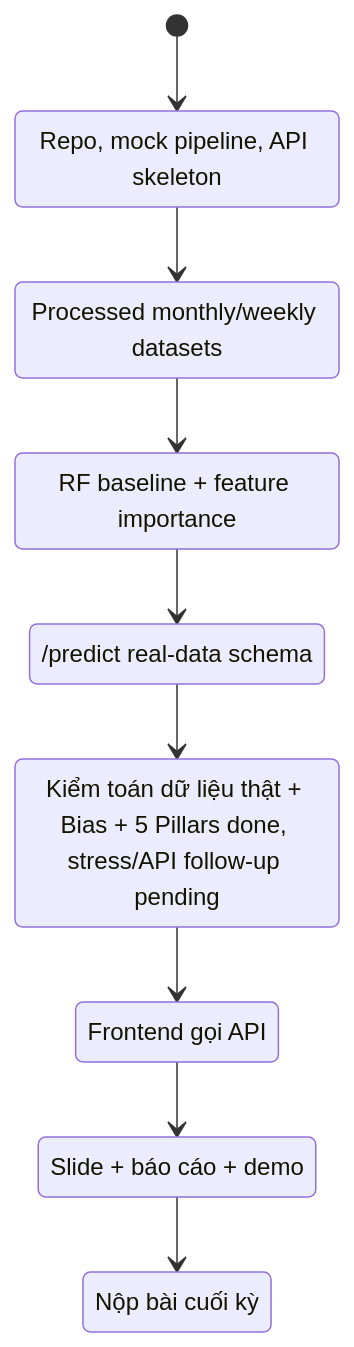
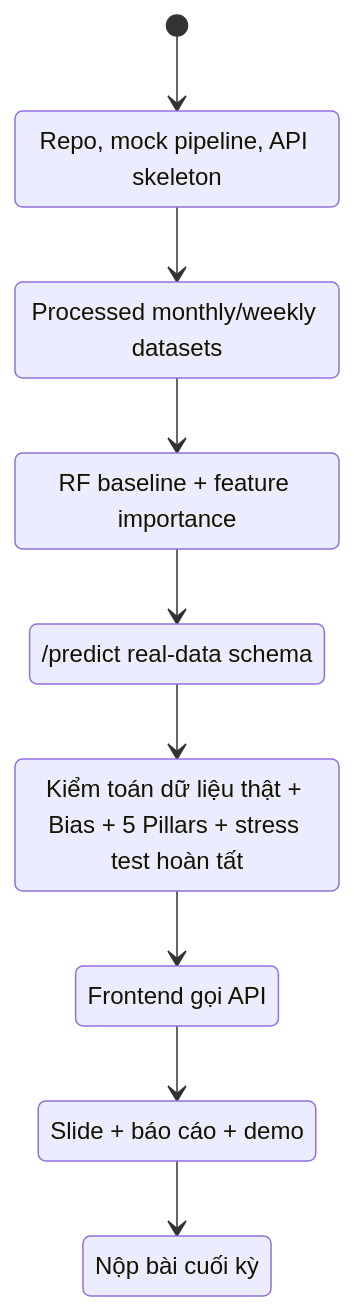
Before and after one commit to uit-25730067-chithanh/AI002-Team22-DT10: the seventh of 8 diagrams in docs/project-roadmap.md, drawn with Mermaid. The commit also changed other lines of this file and 6 other files, not shown here.

````diff
--- a/docs/project-roadmap.md
+++ b/docs/project-roadmap.md
@@ -192,20 +194,20 @@
 ```mermaid
 stateDiagram-v2
     [*] --> Foundation
     Foundation --> RealData
     RealData --> BaselineModel
     BaselineModel --> APIContract
     APIContract --> Evaluation
     Evaluation --> FrontendIntegration
     FrontendIntegration --> ReportAndDemo
     ReportAndDemo --> Submission
 
     Foundation: Repo, mock pipeline, API skeleton
     RealData: Processed monthly/weekly datasets
     BaselineModel: RF baseline + feature importance
     APIContract: /predict real-data schema
-    Evaluation: Kiểm toán dữ liệu thật + Bias + 5 Pillars done, stress/API follow-up pending
+    Evaluation: Kiểm toán dữ liệu thật + Bias + 5 Pillars + stress test hoàn tất
     FrontendIntegration: Frontend gọi API
     ReportAndDemo: Slide + báo cáo + demo
     Submission: Nộp bài cuối kỳ
 ```
````
